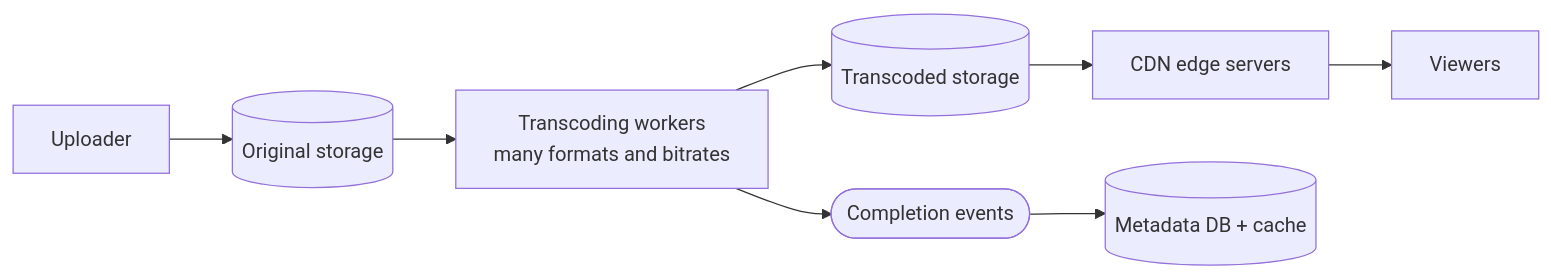
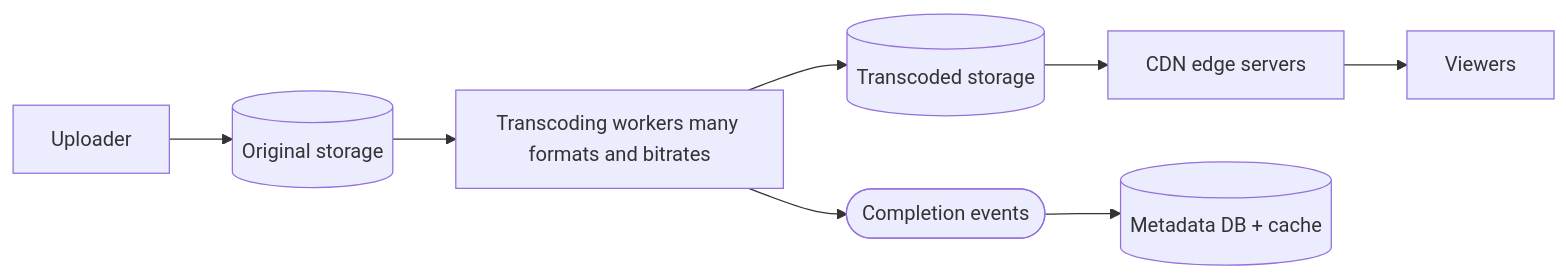
One commit to sharifndlovu123/knowledge_base_map changed the eighth of 9 diagrams in Collection/03. Programming/14. System Design/5. Worked Designs.md. Above: the diagram before and after it, drawn with Mermaid. The commit also changed other lines of this file and 9 other files, not shown here.

First line of the commit message:
Add diagram viewer; fix line breaks in new diagrams

````diff
--- a/Collection/03. Programming/14. System Design/5. Worked Designs.md
+++ b/Collection/03. Programming/14. System Design/5. Worked Designs.md
@@ -226,9 +226,9 @@
 ```mermaid
 flowchart LR
     U[Uploader] --> OS[(Original storage)]
-    OS --> T[Transcoding workers<br/>many formats and bitrates]
+    OS --> T[Transcoding workers many formats and bitrates]
     T --> TS[(Transcoded storage)]
     TS --> CDN[CDN edge servers]
     CDN --> V[Viewers]
     T --> MQ(["Completion events"]) --> MD[(Metadata DB + cache)]
 ```
````
